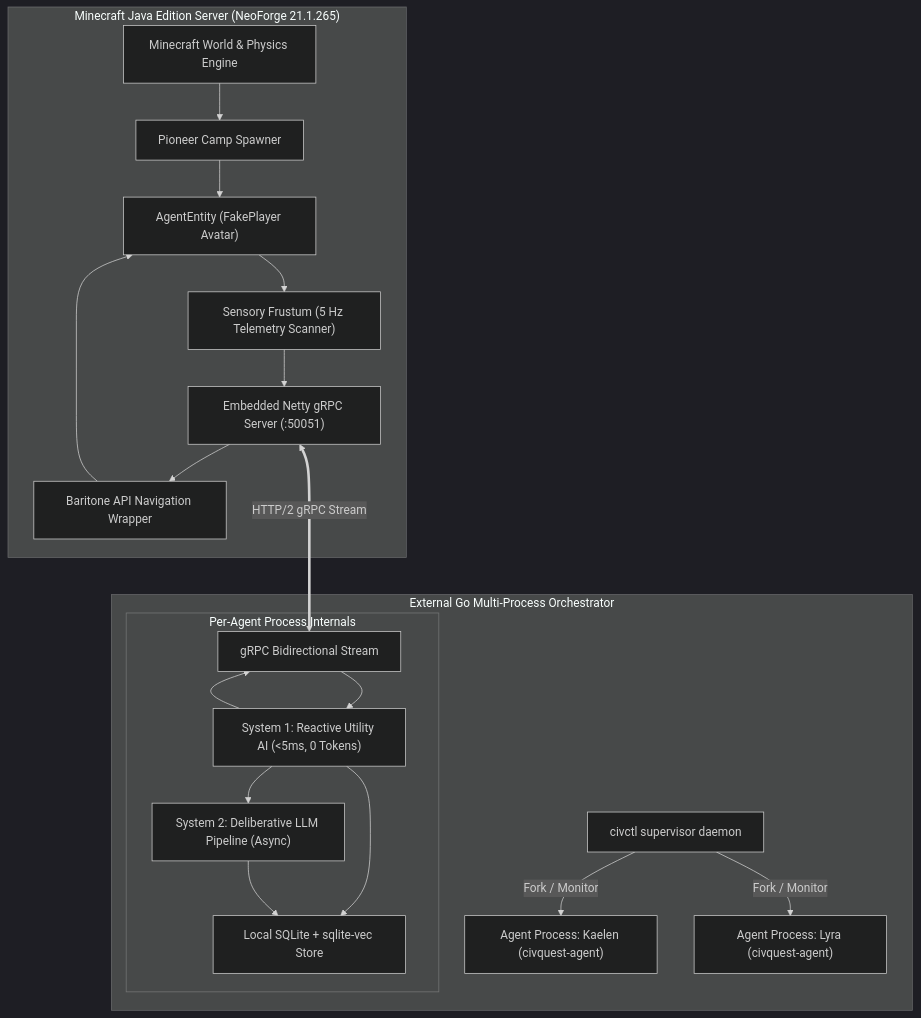
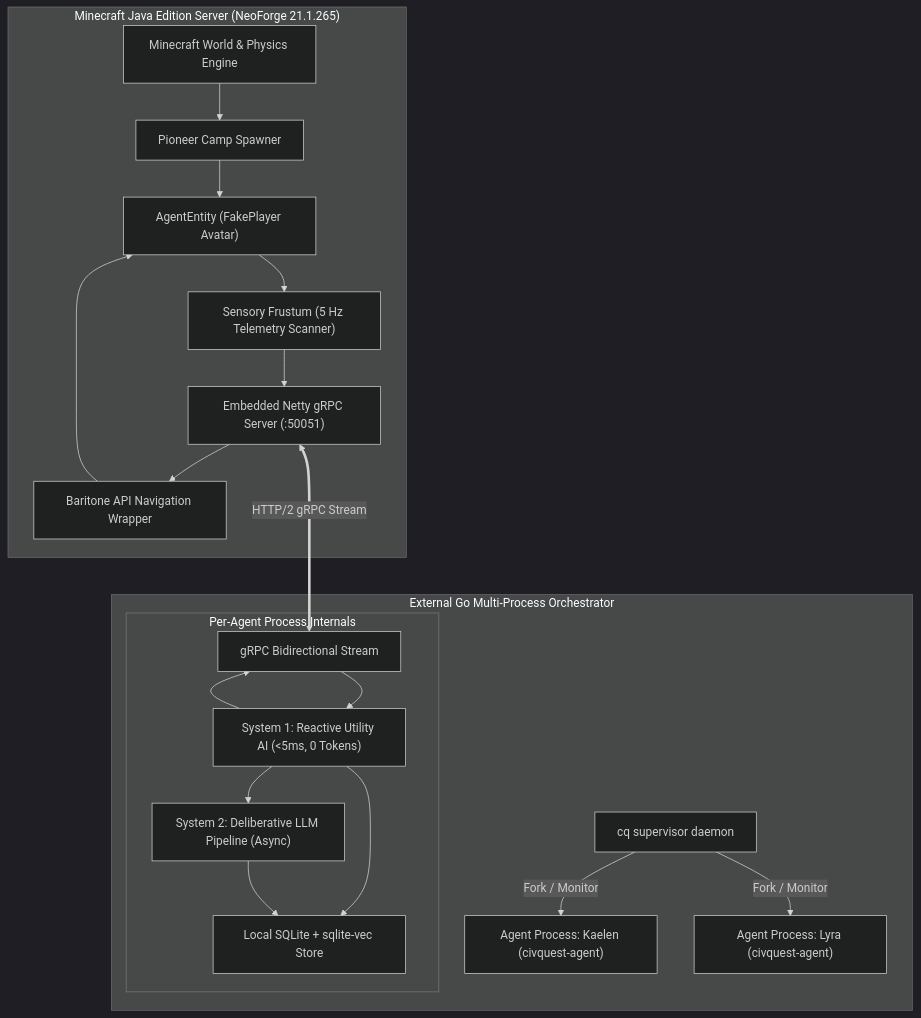
Before and after one commit to btposey/civquest: the diagram in doc/ai/01-architecture-overview.md, drawn with Mermaid (dark theme). The commit also changed other lines of this file and 41 other files, not shown here.

````diff
--- a/doc/ai/01-architecture-overview.md
+++ b/doc/ai/01-architecture-overview.md
@@ -12,42 +12,42 @@
 ```mermaid
 flowchart TB
     subgraph Minecraft_JVM ["Minecraft Java Edition Server (NeoForge 21.1.265)"]
         World["Minecraft World & Physics Engine"]
         Camp["Pioneer Camp Spawner"]
         Entity["AgentEntity (FakePlayer Avatar)"]
         Frustum["Sensory Frustum (5 Hz Telemetry Scanner)"]
         Baritone["Baritone API Navigation Wrapper"]
         Netty["Embedded Netty gRPC Server (:50051)"]
 
         World --> Camp
         Camp --> Entity
         Entity --> Frustum
         Frustum --> Netty
         Netty --> Baritone
         Baritone --> Entity
     end
 
     subgraph Go_Orchestrator ["External Go Multi-Process Orchestrator"]
-        Supervisor["civctl supervisor daemon"]
+        Supervisor["cq supervisor daemon"]
         Worker1["Agent Process: Kaelen (civquest-agent)"]
         Worker2["Agent Process: Lyra (civquest-agent)"]
 
         subgraph Worker_Internals ["Per-Agent Process Internals"]
             gRPC_Client["gRPC Bidirectional Stream"]
             S1["System 1: Reactive Utility AI (<5ms, 0 Tokens)"]
             S2["System 2: Deliberative LLM Pipeline (Async)"]
             DB["Local SQLite + sqlite-vec Store"]
 
             gRPC_Client --> S1
             S1 --> S2
             S1 --> DB
             S2 --> DB
             S1 --> gRPC_Client
         end
 
         Supervisor -->|Fork / Monitor| Worker1
         Supervisor -->|Fork / Monitor| Worker2
     end
 
     Netty <===>|HTTP/2 gRPC Stream| gRPC_Client
 ```
````
